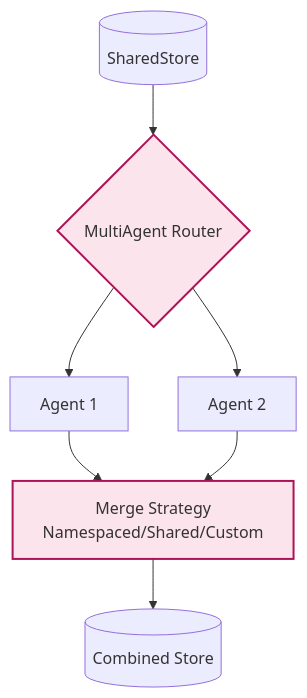
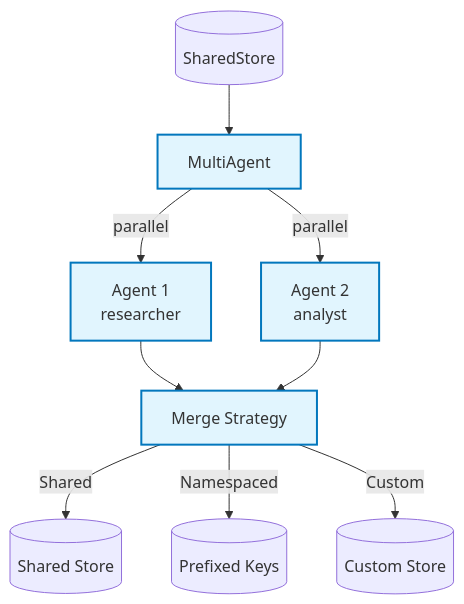
Before and after one commit to EzekTec-Inc/AgentFlow: the diagram in examples/MULTI_AGENT.md, drawn with Mermaid. The commit also changed other lines of this file and 23 other files, not shown here.

````diff
--- a/examples/MULTI_AGENT.md
+++ b/examples/MULTI_AGENT.md
@@ -13,12 +28,14 @@
 ```mermaid
 graph TD
-    Input[(SharedStore)] --> Split{MultiAgent Router}
-    Split --> A1[Agent 1]
-    Split --> A2[Agent 2]
-    A1 --> Merge[Merge Strategy<br>Namespaced/Shared/Custom]
+    Input[(SharedStore)] --> MA[MultiAgent]
+    MA -->|parallel| A1[Agent 1<br>researcher]
+    MA -->|parallel| A2[Agent 2<br>analyst]
+    A1 --> Merge[Merge Strategy]
     A2 --> Merge
-    Merge --> Output[(Combined Store)]
-    
-    classDef multi fill:#fce4ec,stroke:#ad1457,stroke-width:2px;
-    class Split,Merge multi;
+    Merge -->|Shared| S1[(Shared Store)]
+    Merge -->|Namespaced| S2[(Prefixed Keys)]
+    Merge -->|Custom| S3[(Custom Store)]
+
+    classDef ma fill:#e1f5fe,stroke:#0277bd,stroke-width:2px;
+    class MA,A1,A2,Merge ma;
 ```
````
